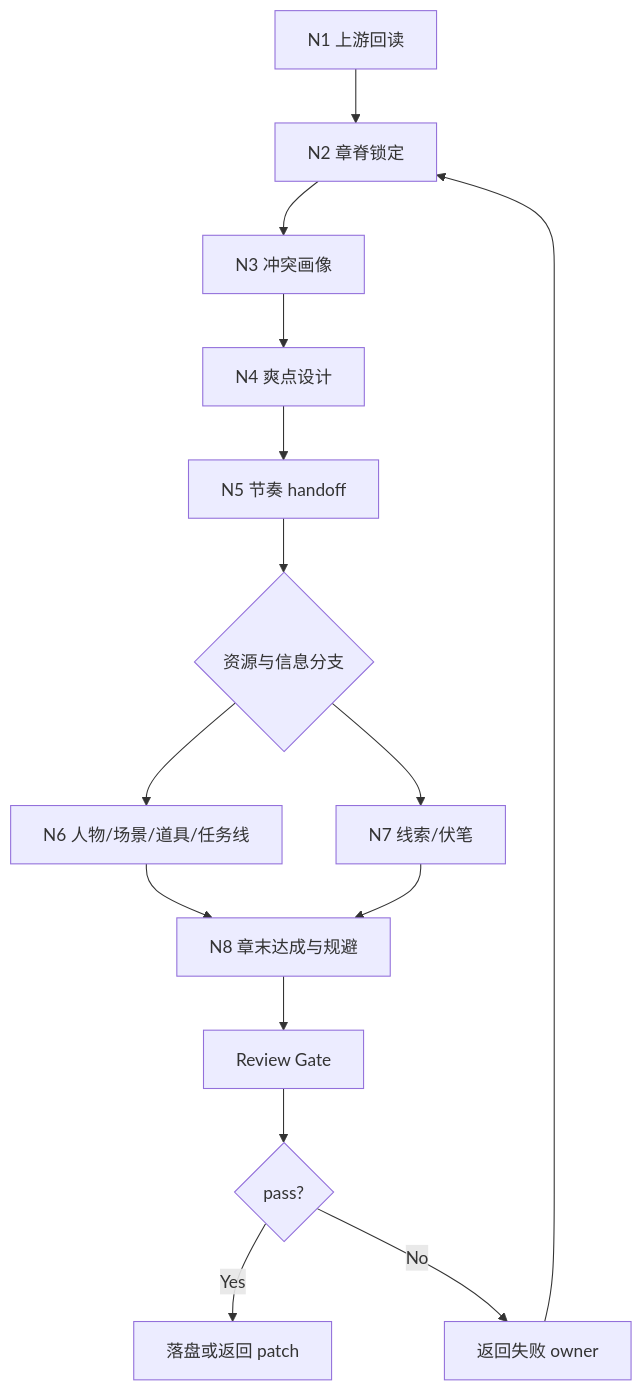
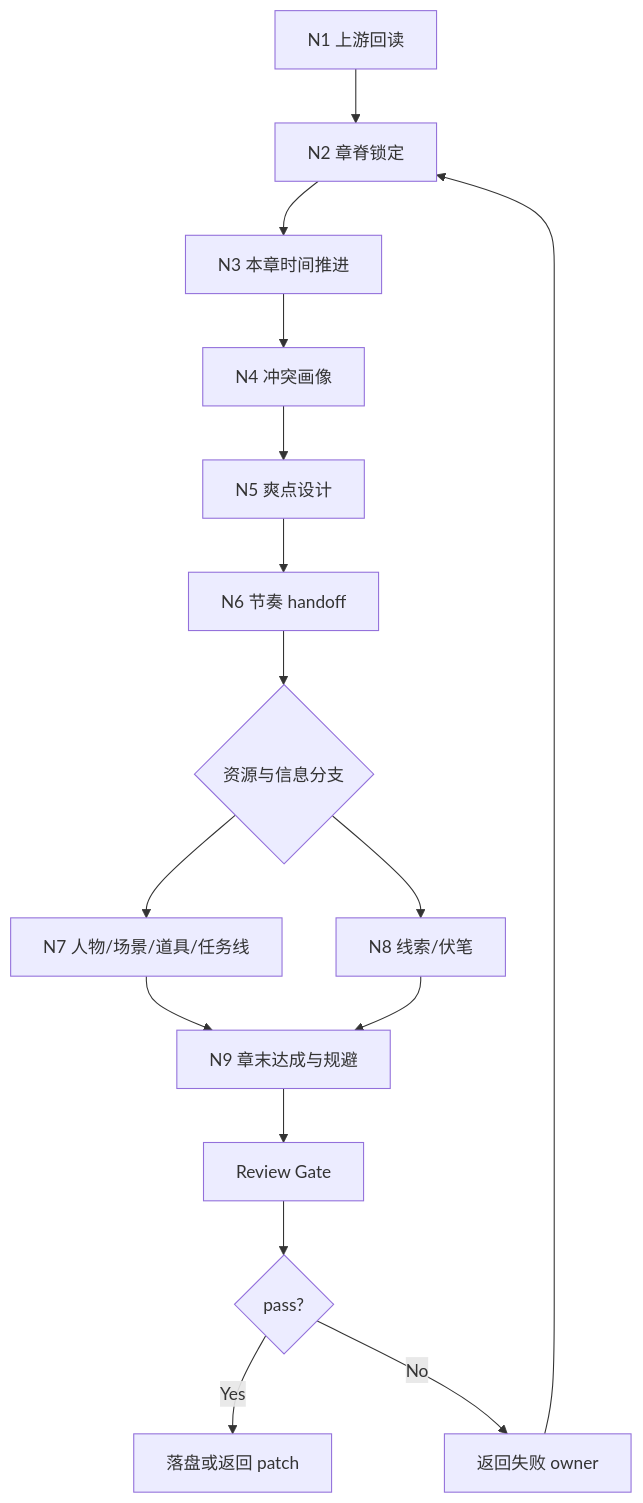
The diagram in .agents/skills/story/2-卷章/3-章级/steps/chapter-planning-workflow.md (ZEN-VOID/AI-CUT), drawn with Mermaid before and after one commit. The commit also changed other lines of this file and 45 other files, not shown here.

````diff
--- a/.agents/skills/story/2-卷章/3-章级/steps/chapter-planning-workflow.md
+++ b/.agents/skills/story/2-卷章/3-章级/steps/chapter-planning-workflow.md
@@ -9,17 +9,18 @@
 ```mermaid
 flowchart TD
     A["N1 上游回读"] --> B["N2 章脊锁定"]
-    B --> C["N3 冲突画像"]
-    C --> D["N4 爽点设计"]
-    D --> E["N5 节奏 handoff"]
-    E --> F{"资源与信息分支"}
-    F --> G["N6 人物/场景/道具/任务线"]
-    F --> H["N7 线索/伏笔"]
-    G --> I["N8 章末达成与规避"]
-    H --> I
-    I --> J["Review Gate"]
-    J --> K{"pass?"}
-    K -->|"Yes"| L["落盘或返回 patch"]
-    K -->|"No"| M["返回失败 owner"]
-    M --> B
+    B --> C["N3 本章时间推进"]
+    C --> D["N4 冲突画像"]
+    D --> E["N5 爽点设计"]
+    E --> F["N6 节奏 handoff"]
+    F --> G{"资源与信息分支"}
+    G --> H["N7 人物/场景/道具/任务线"]
+    G --> I["N8 线索/伏笔"]
+    H --> J["N9 章末达成与规避"]
+    I --> J
+    J --> K["Review Gate"]
+    K --> L{"pass?"}
+    L -->|"Yes"| M["落盘或返回 patch"]
+    L -->|"No"| N["返回失败 owner"]
+    N --> B
 ```
````
